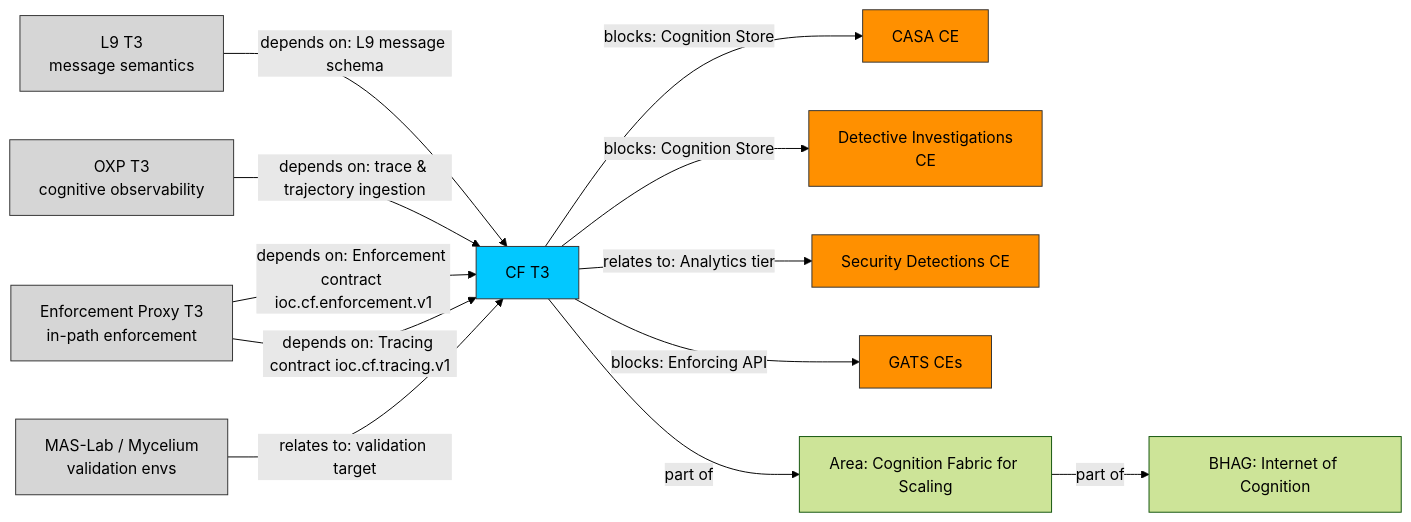
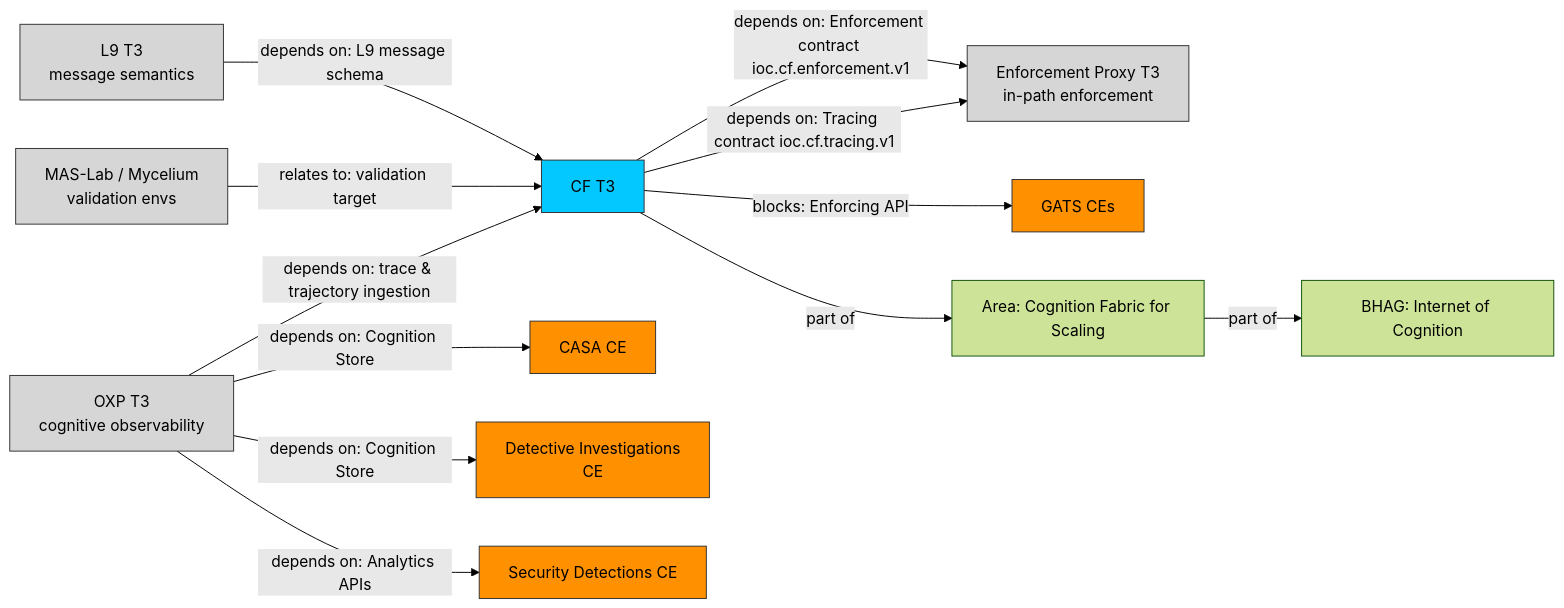
Before and after one commit to ioc-project/cognition-fabric: the diagram in docs/dependencies.md, drawn with Mermaid (forest theme). The commit also changed other lines of this file and 7 other files, not shown here.

````diff
--- a/docs/dependencies.md
+++ b/docs/dependencies.md
@@ -27,36 +27,36 @@
 ```mermaid
 flowchart LR
   classDef ours fill:#02C8FF,stroke:#333,color:#000
   classDef peer fill:#D6D6D6,stroke:#333,color:#000
   classDef consumer fill:#FF9000,stroke:#333,color:#000
   classDef external fill:#FFFFFF,stroke:#333,stroke-dasharray: 4 3,color:#000
 
   CF["CF T3"]:::ours
 
   L9["L9 T3<br/>message semantics"]:::peer
   EP["Enforcement Proxy T3<br/>in-path enforcement"]:::peer
   OXP["OXP T3<br/>cognitive observability"]:::peer
   LAB["MAS-Lab / Mycelium<br/>validation envs"]:::peer
 
   CASA["CASA CE"]:::consumer
   DET["Detective Investigations<br/>CE"]:::consumer
   SEC["Security Detections CE"]:::consumer
   GATS["GATS CEs"]:::consumer
 
   AREA["Area: Cognition Fabric for Scaling"]
   BHAG["BHAG: Internet of Cognition"]
 
   L9 -->|depends on: L9 message schema| CF
   OXP -->|depends on: trace & trajectory ingestion| CF
-  EP -->|depends on: Enforcement contract ioc.cf.enforcement.v1| CF
-  EP -->|depends on: Tracing contract ioc.cf.tracing.v1| CF
+  CF -->|depends on: Enforcement contract ioc.cf.enforcement.v1| EP
+  CF -->|depends on: Tracing contract ioc.cf.tracing.v1| EP
   LAB -->|relates to: validation target| CF
 
-  CF -->|blocks: Cognition Store| CASA
-  CF -->|blocks: Cognition Store| DET
+  OXP -->|depends on: Cognition Store| CASA
+  OXP -->|depends on: Cognition Store| DET
   CF -->|blocks: Enforcing API| GATS
-  CF -->|relates to: Analytics tier| SEC
+  OXP -->|depends on: Analytics APIs| SEC
 
   CF -->|part of| AREA
   AREA -->|part of| BHAG
 ```
````
